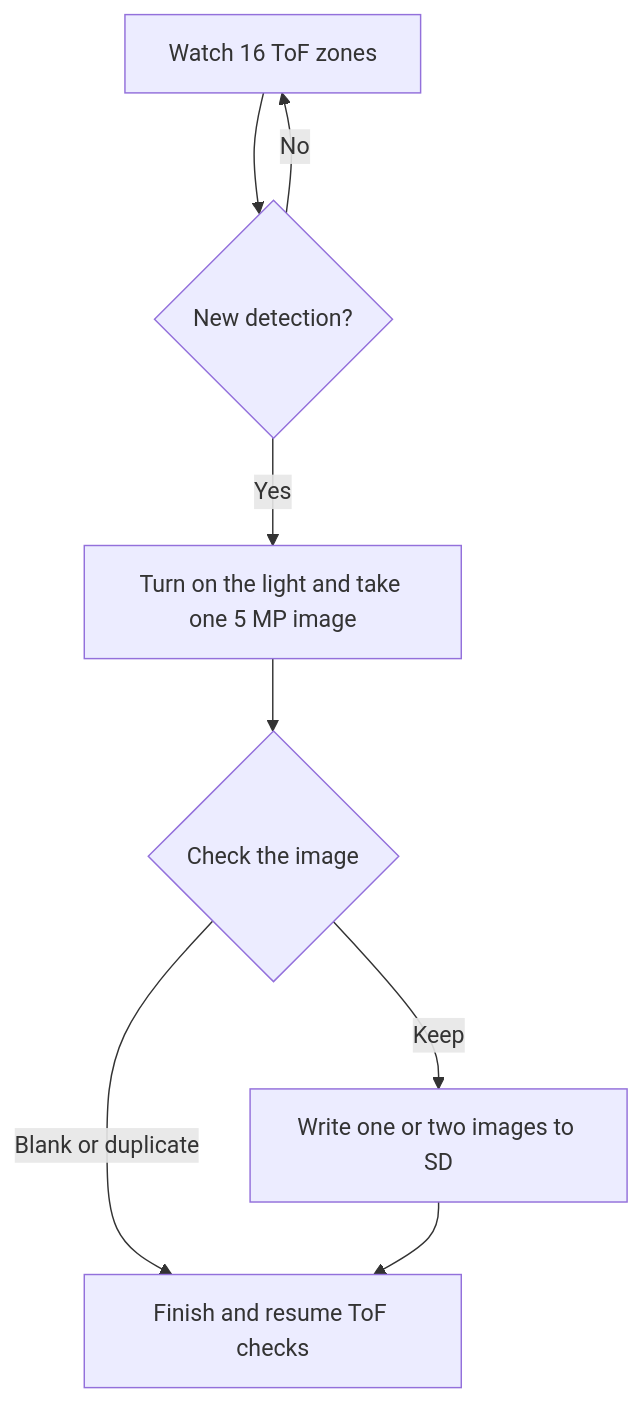
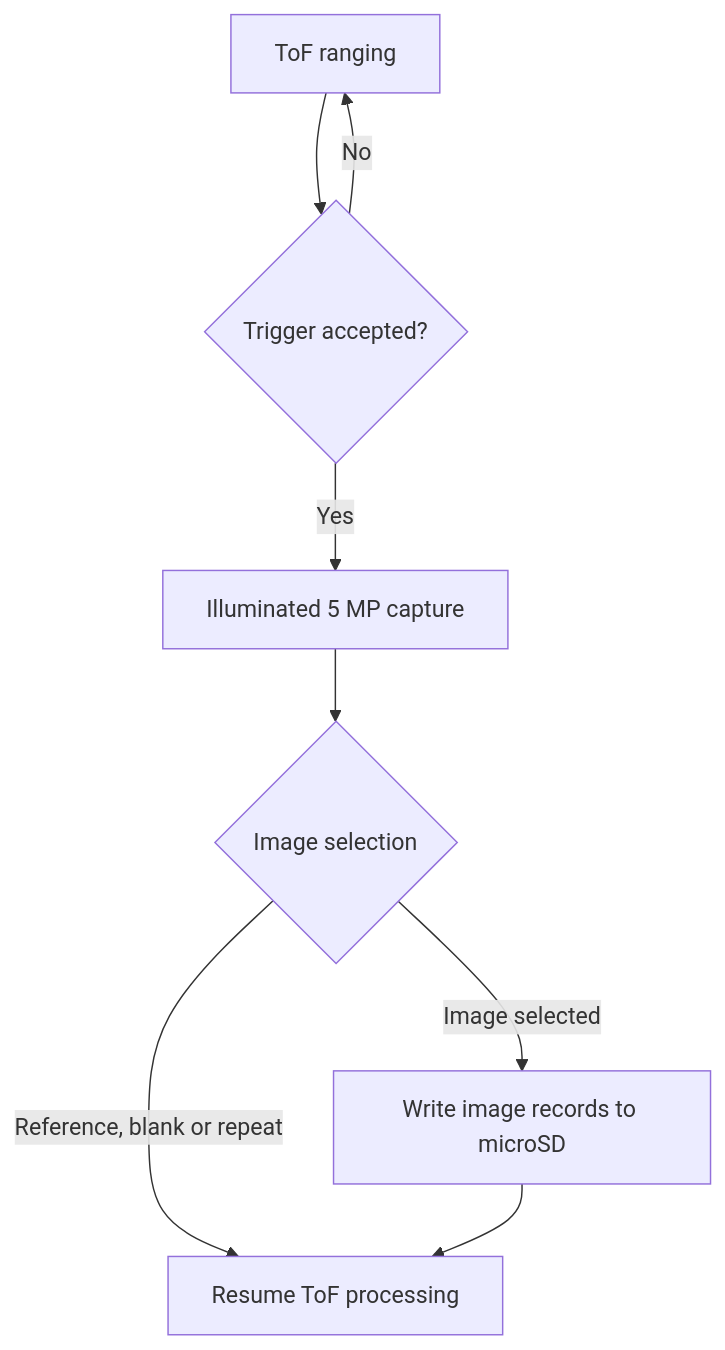
One commit to SSierraAl/STM32N6_Discovery_Camera_ToF_SD changed the diagram in docs/how-it-works.md. Above: the diagram before and after it, drawn with Mermaid. The commit also changed other lines of this file and 3 other files, not shown here.

````diff
--- a/docs/how-it-works.md
+++ b/docs/how-it-works.md
@@ -7,10 +7,10 @@
 ```mermaid
 flowchart TD
-    Watch["Watch 16 ToF zones"] --> Event{"New detection?"}
-    Event -->|No| Watch
-    Event -->|Yes| Photo["Turn on the light and take one 5 MP image"]
-    Photo --> Check{"Check the image"}
-    Check -->|Blank or duplicate| Resume["Finish and resume ToF checks"]
-    Check -->|Keep| Save["Write one or two images to SD"]
+    Ranging["ToF ranging"] --> Event{"Trigger accepted?"}
+    Event -->|No| Ranging
+    Event -->|Yes| Capture["Illuminated 5 MP capture"]
+    Capture --> Analysis{"Image selection"}
+    Analysis -->|Reference, blank or repeat| Resume["Resume ToF processing"]
+    Analysis -->|Image selected| Save["Write image records to microSD"]
     Save --> Resume
 ```
````
